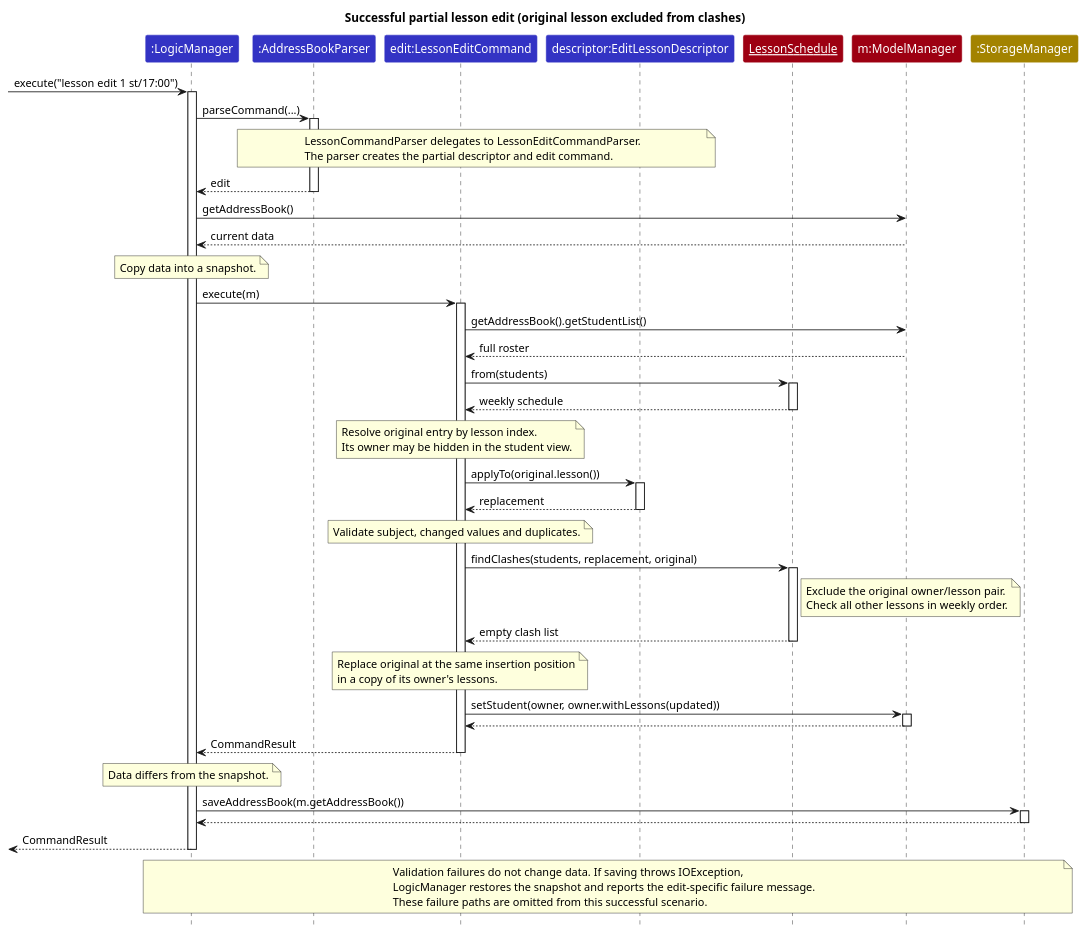
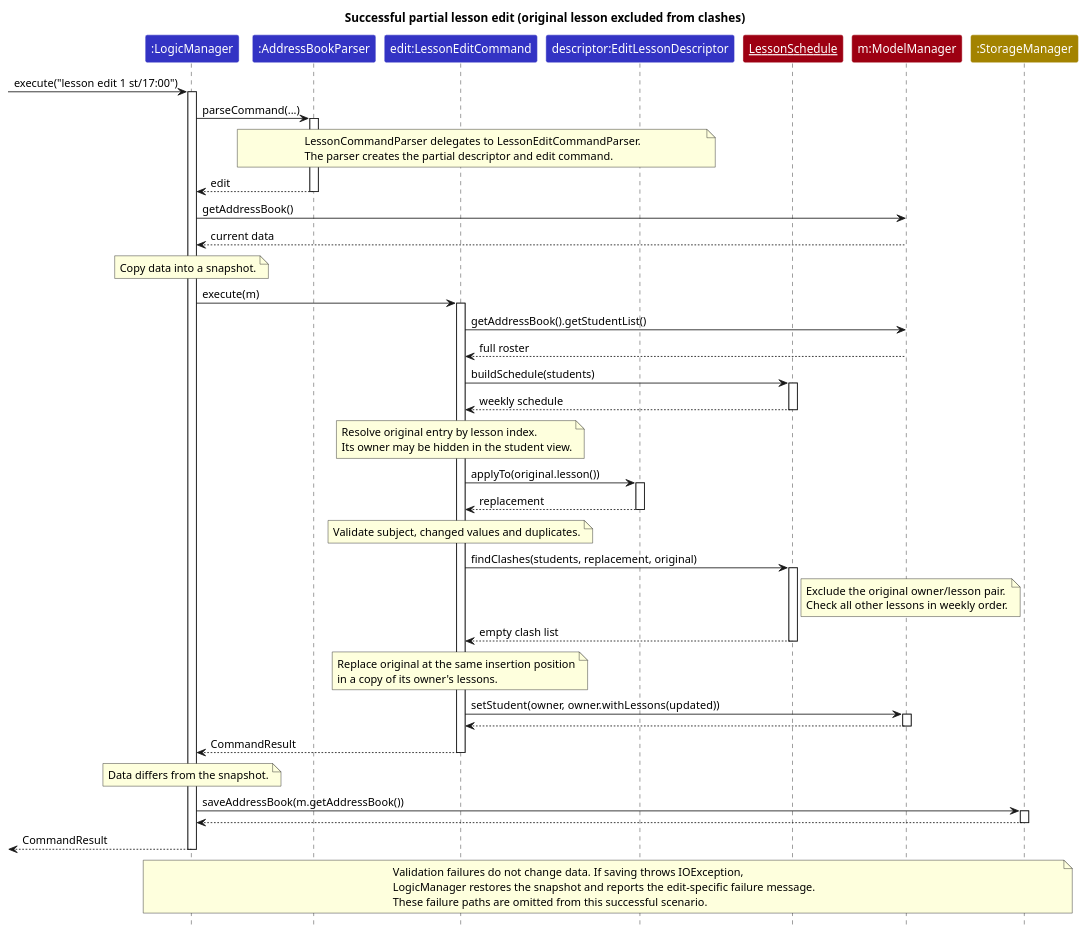
One commit to AY2627S1-CS2103-F12-1/tp changed the diagram in docs/diagrams/LessonEditSequenceDiagram.puml. Above: the diagram before and after it, drawn with PlantUML. The commit also changed 12 other files, not shown here.

```diff
--- a/docs/diagrams/LessonEditSequenceDiagram.puml
+++ b/docs/diagrams/LessonEditSequenceDiagram.puml
@@ -1,62 +1,62 @@
 @startuml
 skinparam ParticipantFontColor #FFFFFF
 skinparam ParticipantBackgroundColor #3333C4
 skinparam ParticipantBorderColor #FFFFFF
 skinparam Shadowing false
 skinparam DefaultFontName Arial
 hide footbox
 skinparam ArrowFontStyle plain
 title Successful partial lesson edit (original lesson excluded from clashes)
 participant ":LogicManager" as Logic #3333C4
 participant ":AddressBookParser" as Parser #3333C4
 participant "edit:LessonEditCommand" as Edit #3333C4
 participant "descriptor:EditLessonDescriptor" as Descriptor #3333C4
 participant "<u>LessonSchedule</u>" as Schedule #9D0012
 participant "m:ModelManager" as Model #9D0012
 participant ":StorageManager" as Storage #A38300
 
 [-> Logic : execute("lesson edit 1 st/17:00")
 activate Logic
 Logic -> Parser : parseCommand(...)
 activate Parser
 note over Parser, Descriptor : LessonCommandParser delegates to LessonEditCommandParser.\nThe parser creates the partial descriptor and edit command.
 Parser --> Logic : edit
 deactivate Parser
 Logic -> Model : getAddressBook()
 Model --> Logic : current data
 note over Logic : Copy data into a snapshot.
 Logic -> Edit : execute(m)
 activate Edit
 Edit -> Model : getAddressBook().getStudentList()
 Model --> Edit : full roster
-Edit -> Schedule : from(students)
+Edit -> Schedule : buildSchedule(students)
 activate Schedule
 Schedule --> Edit : weekly schedule
 deactivate Schedule
 note over Edit : Resolve original entry by lesson index.\nIts owner may be hidden in the student view.
 Edit -> Descriptor : applyTo(original.lesson())
 activate Descriptor
 Descriptor --> Edit : replacement
 deactivate Descriptor
 note over Edit : Validate subject, changed values and duplicates.
 Edit -> Schedule : findClashes(students, replacement, original)
 activate Schedule
 note right of Schedule : Exclude the original owner/lesson pair.\nCheck all other lessons in weekly order.
 Schedule --> Edit : empty clash list
 deactivate Schedule
 note over Edit : Replace original at the same insertion position\nin a copy of its owner's lessons.
 Edit -> Model : setStudent(owner, owner.withLessons(updated))
 activate Model
 Model --> Edit
 deactivate Model
 Edit --> Logic : CommandResult
 deactivate Edit
 note over Logic : Data differs from the snapshot.
 Logic -> Storage : saveAddressBook(m.getAddressBook())
 activate Storage
 Storage --> Logic
 deactivate Storage
 [<-- Logic : CommandResult
 deactivate Logic
 note over Logic, Storage : Validation failures do not change data. If saving throws IOException,\nLogicManager restores the snapshot and reports the edit-specific failure message.\nThese failure paths are omitted from this successful scenario.
 @enduml
```
